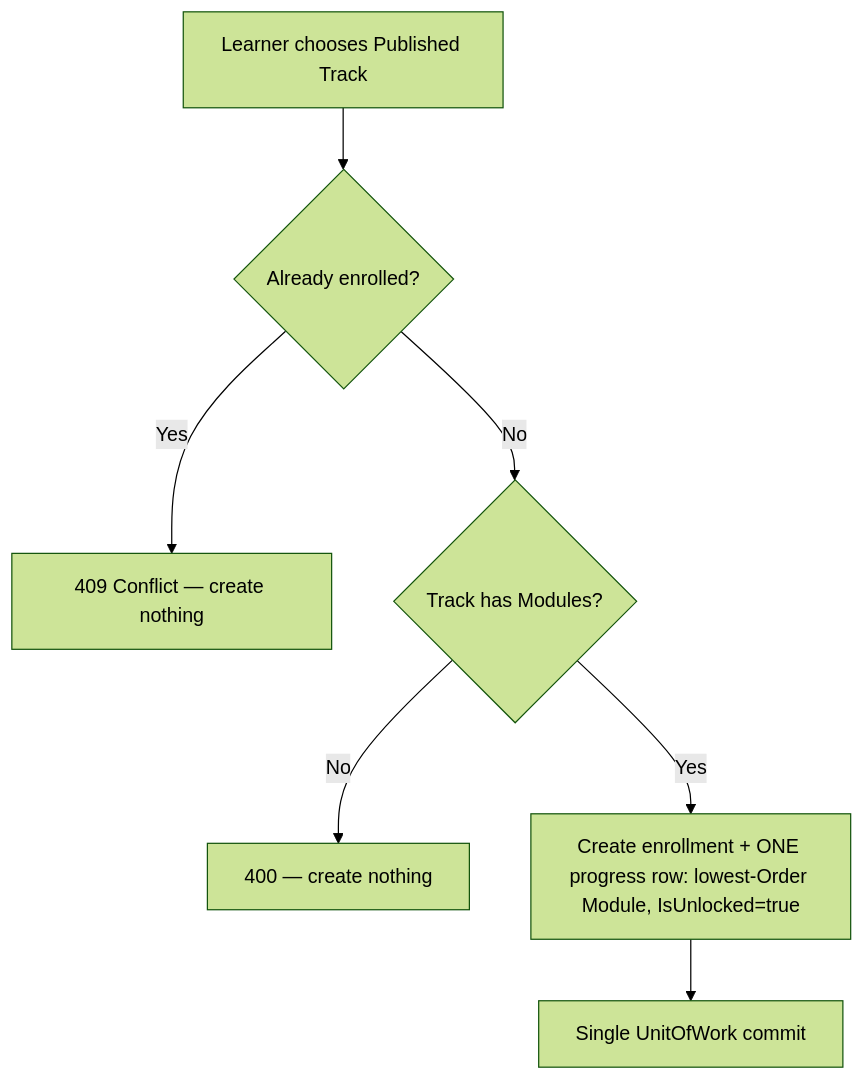
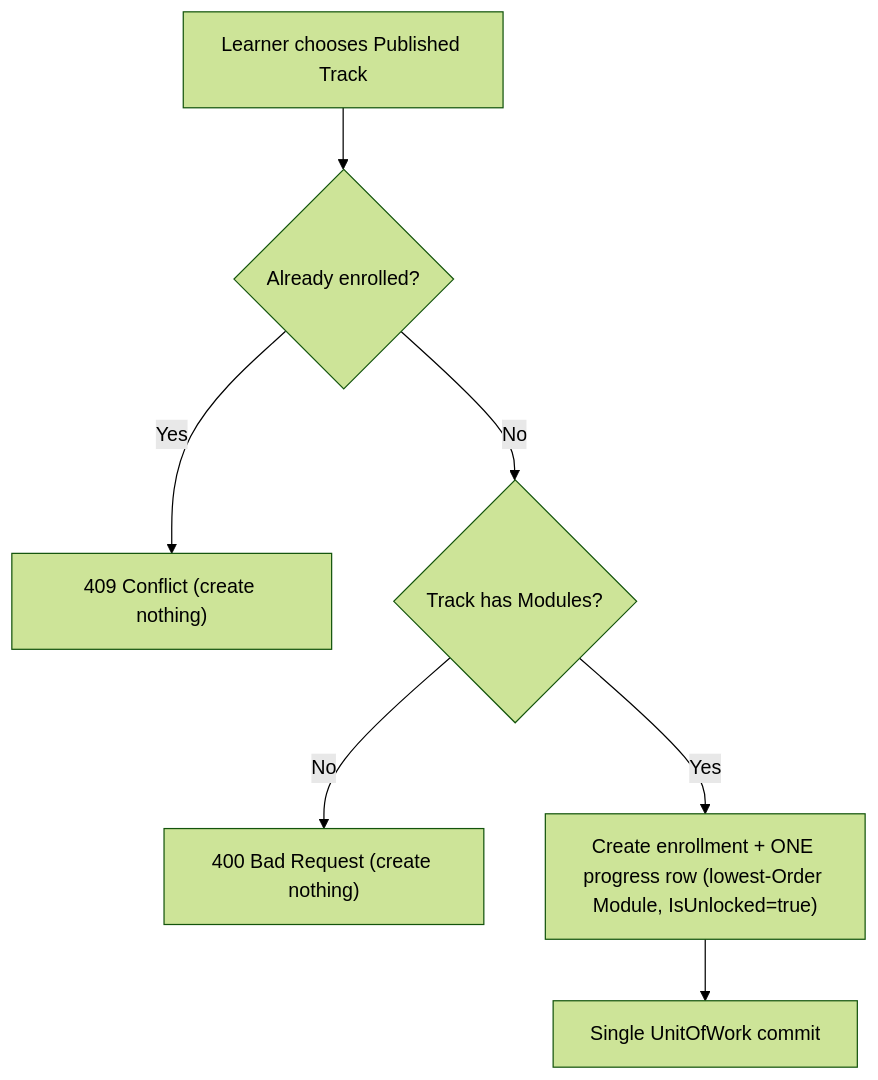
One commit to Tawjjeh/TalebElm changed the third of 9 diagrams in docs/business/WORKFLOWS.md. Above: the diagram before and after it, drawn with Mermaid (forest theme). The commit also changed other lines of this file, not shown here.

Commit message:
docs: fix mermaid diagram node labels and character escaping in workflows

````diff
--- a/docs/business/WORKFLOWS.md
+++ b/docs/business/WORKFLOWS.md
@@ -45,9 +45,9 @@
 ```mermaid
 flowchart TD
-    A[Learner chooses Published Track] --> B{Already enrolled?}
-    B -- Yes --> C[409 Conflict — create nothing]
-    B -- No --> D{Track has Modules?}
-    D -- No --> E[400 — create nothing]
-    D -- Yes --> F[Create enrollment + ONE progress row: lowest-Order Module, IsUnlocked=true]
-    F --> G[Single UnitOfWork commit]
+    A["Learner chooses Published Track"] --> B{"Already enrolled?"}
+    B -- Yes --> C["409 Conflict (create nothing)"]
+    B -- No --> D{"Track has Modules?"}
+    D -- No --> E["400 Bad Request (create nothing)"]
+    D -- Yes --> F["Create enrollment + ONE progress row (lowest-Order Module, IsUnlocked=true)"]
+    F --> G["Single UnitOfWork commit"]
 ```
````
